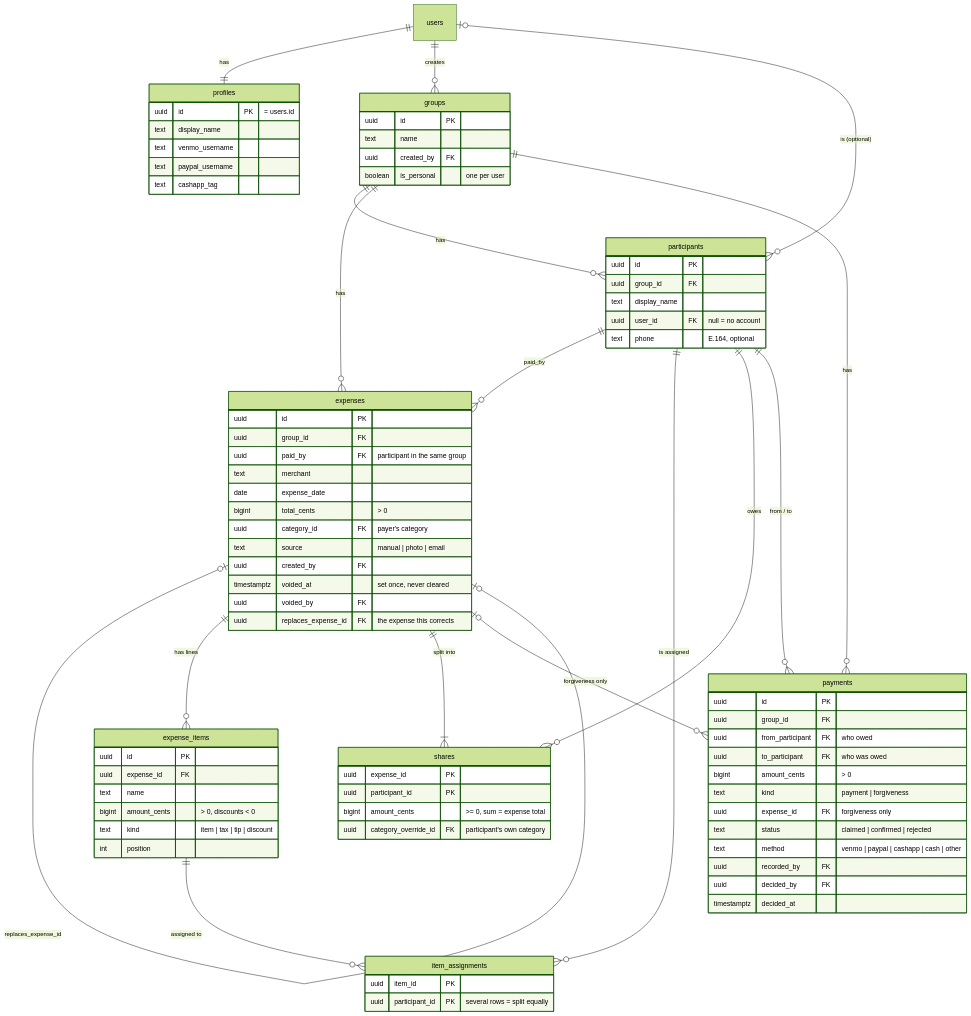
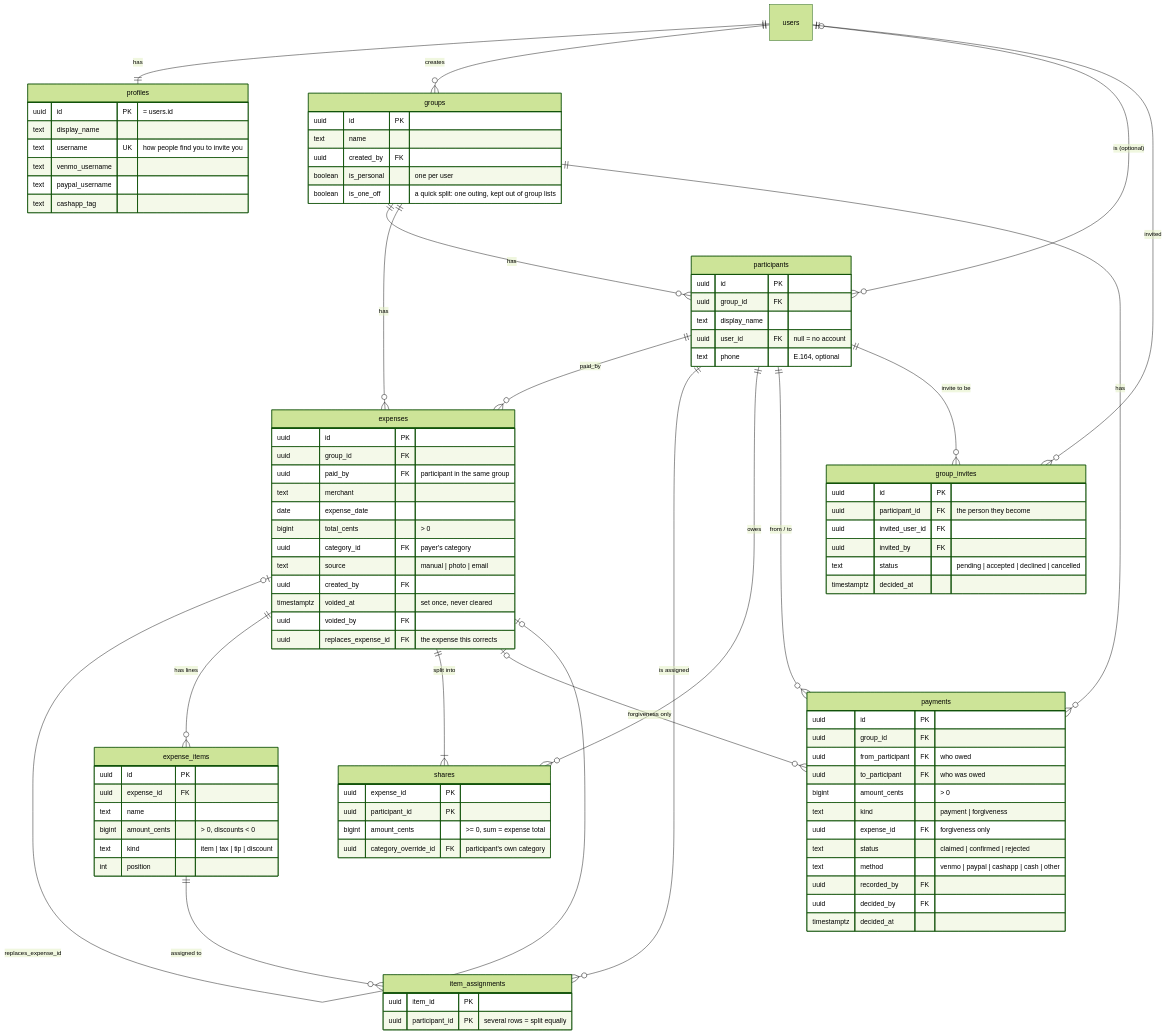
Before and after one commit to liyou2001/spendly: the first of 4 diagrams in DATA_MODEL.md, drawn with Mermaid (forest theme). The commit also changed other lines of this file and 38 other files, not shown here.

````diff
--- a/DATA_MODEL.md
+++ b/DATA_MODEL.md
@@ -27,10 +27,13 @@
     groups ||--o{ payments : "has"
     participants ||--o{ payments : "from / to"
     expenses |o--o{ payments : "forgiveness only"
+    participants ||--o{ group_invites : "invite to be"
+    users ||--o{ group_invites : "invited"
 
     profiles {
         uuid id PK "= users.id"
         text display_name
+        text username UK "how people find you to invite you"
         text venmo_username
         text paypal_username
         text cashapp_tag
@@ -40,6 +43,7 @@
         text name
         uuid created_by FK
         boolean is_personal "one per user"
+        boolean is_one_off "a quick split: one outing, kept out of group lists"
     }
     participants {
         uuid id PK
@@ -94,4 +98,12 @@
         uuid decided_by FK
         timestamptz decided_at
     }
+    group_invites {
+        uuid id PK
+        uuid participant_id FK "the person they become"
+        uuid invited_user_id FK
+        uuid invited_by FK
+        text status "pending | accepted | declined | cancelled"
+        timestamptz decided_at
+    }
 ```
````
